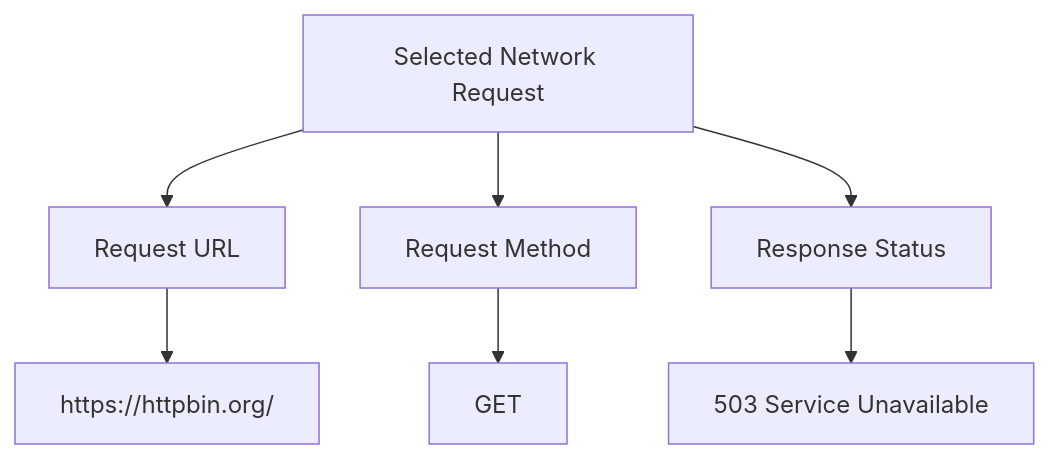
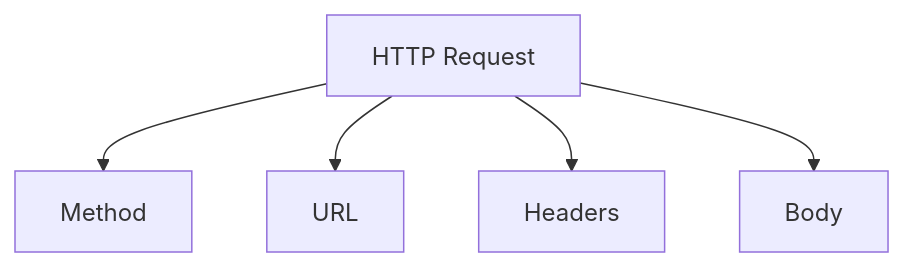
The second of 8 diagrams in module-0-1/README.md (reltronersk/skill-wanderer-progress-documentation), drawn with Mermaid before and after one commit. The commit also changed other lines of this file, not shown here.

````diff
--- a/module-0-1/README.md
+++ b/module-0-1/README.md
@@ -313,13 +84,9 @@
-```mermaid
+``` mermaid
 flowchart TB
-    A[Selected Network Request]
+    A["HTTP Request"]
 
-    A --> B[Request URL]
-    B --> B1["https://httpbin.org/"]
-
-    A --> C[Request Method]
-    C --> C1[GET]
-
-    A --> D[Response Status]
-    D --> D1["503 Service Unavailable"]
+    A --> B["Method"]
+    A --> C["URL"]
+    A --> D["Headers"]
+    A --> E["Body"]
 ```
````
